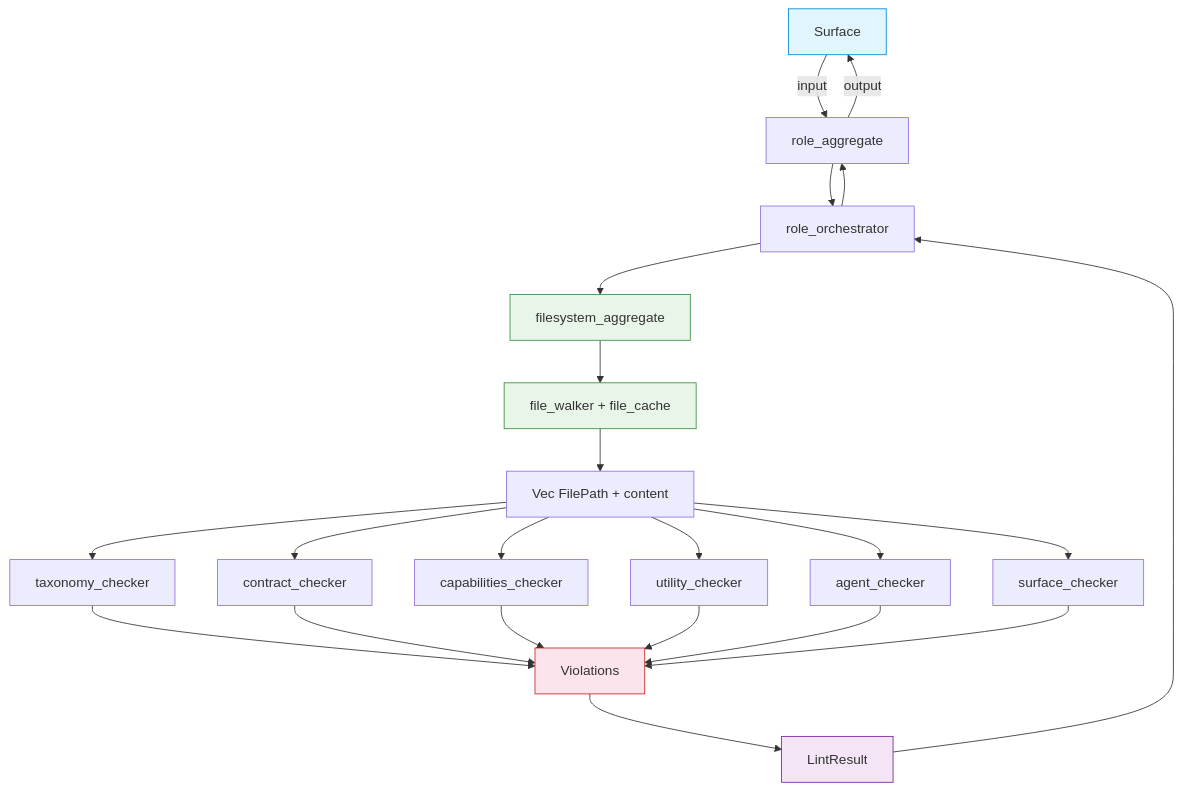
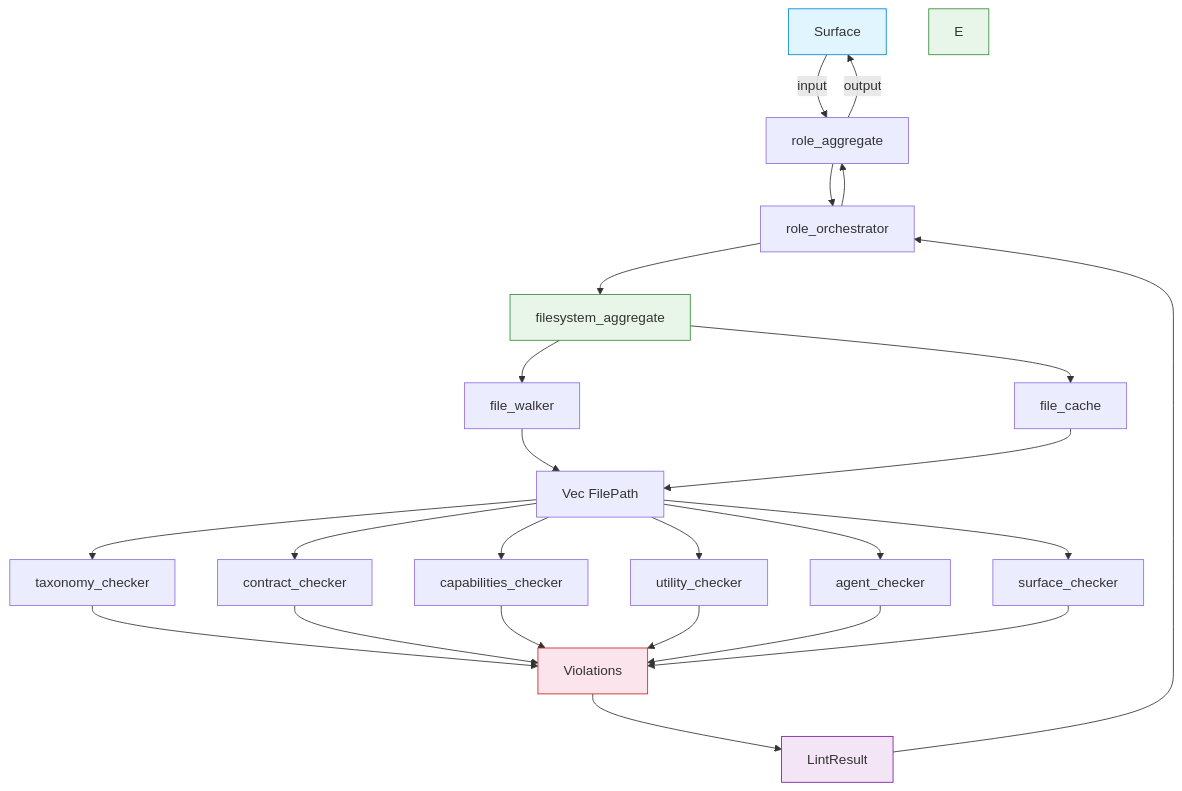
Before and after one commit to rakaarwaky/lint-arwaky: the diagram in crates/role-rules/FRD.md, drawn with Mermaid. The commit also changed 3 other files, not shown here.

First line of the commit message:
docs: mermaid nodes — each capability as separate node

````diff
--- a/crates/role-rules/FRD.md
+++ b/crates/role-rules/FRD.md
@@ -9,30 +9,32 @@
 ```mermaid
 flowchart TD
     A["Surface"] -->|input| B["role_aggregate"]
     B --> C["role_orchestrator"]
     C --> D["filesystem_aggregate"]
-    D --> E["file_walker + file_cache"]
-    E --> G["Vec FilePath + content"]
+    D --> E1["file_walker"]
+    D --> E2["file_cache"]
+    E1 --> G["Vec FilePath"]
+    E2 --> G
     G --> H1["taxonomy_checker"]
     G --> H2["contract_checker"]
     G --> H3["capabilities_checker"]
     G --> H4["utility_checker"]
     G --> H5["agent_checker"]
     G --> H6["surface_checker"]
     H1 --> I["Violations"]
     H2 --> I
     H3 --> I
     H4 --> I
     H5 --> I
     H6 --> I
     I --> J["LintResult"]
     J --> C
     C --> B
     B -->|output| A
 
     style A fill:#e1f5fe,stroke:#0288d1
     style D fill:#e8f5e9,stroke:#388e3c
     style E fill:#e8f5e9,stroke:#388e3c
     style I fill:#fce4ec,stroke:#c62828
     style J fill:#f3e5f5,stroke:#7b1fa2
 ```
````
